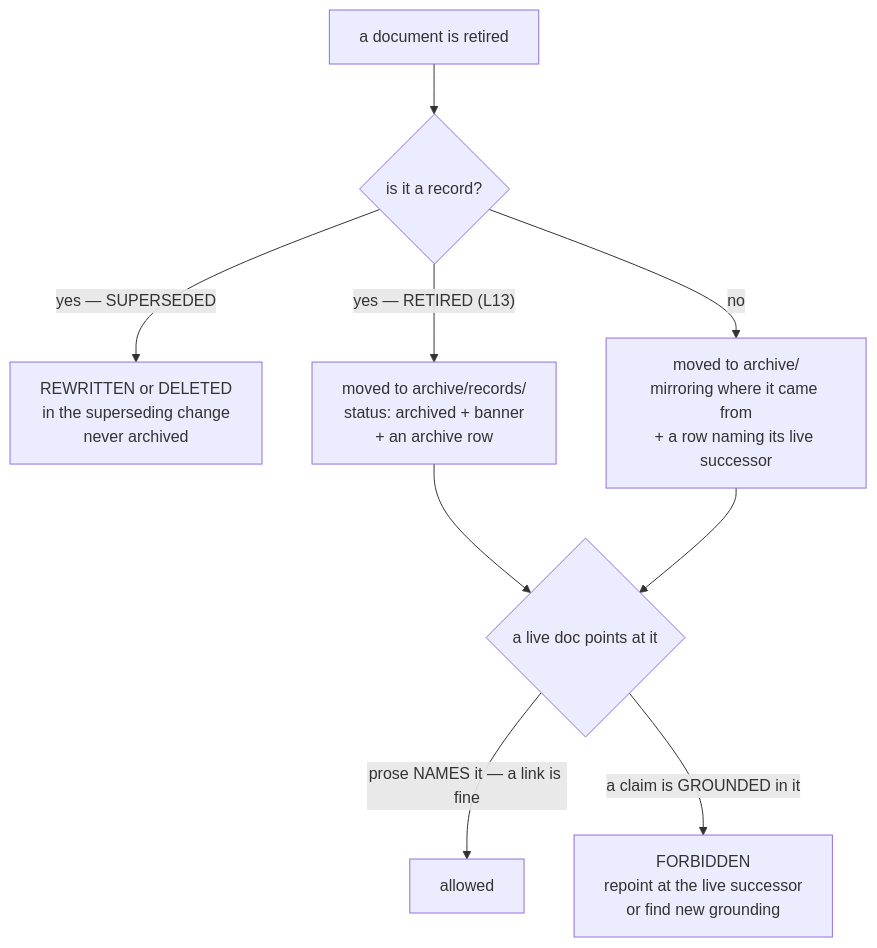
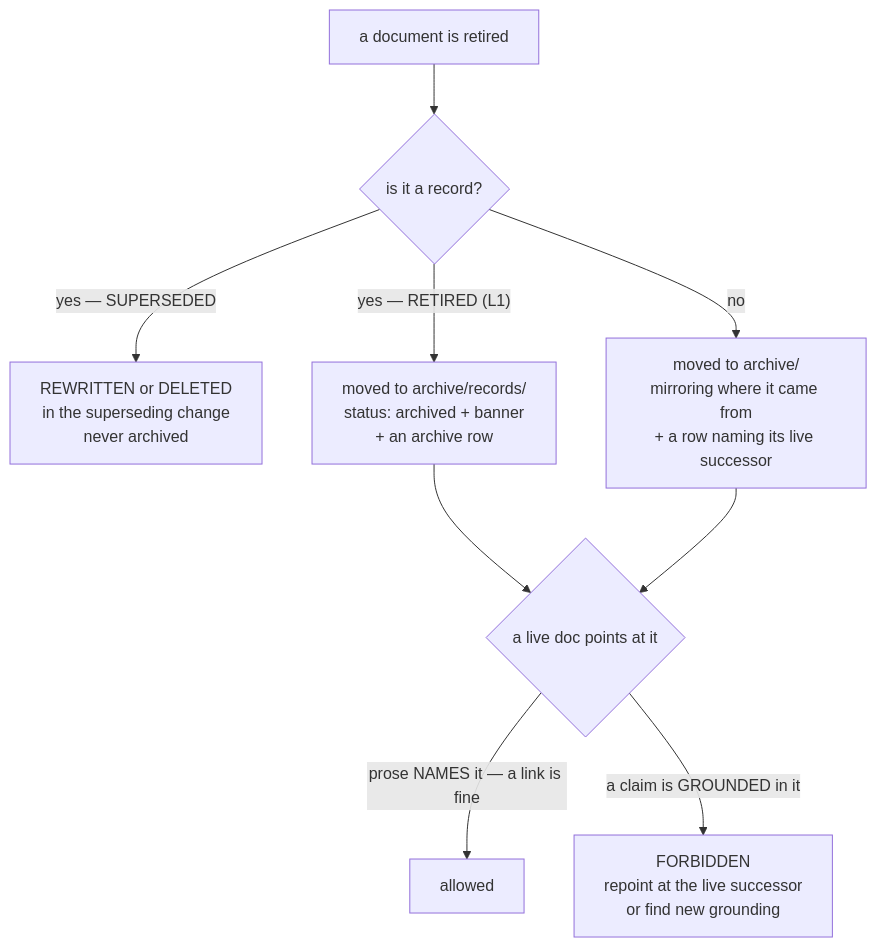
Before and after one commit to arpitarya/fux: the diagram in records/0062_WORK-archive.md, drawn with Mermaid. The commit also changed other lines of this file and 351 other files, not shown here.

````diff
--- a/records/0062_WORK-archive.md
+++ b/records/0062_WORK-archive.md
@@ -48,11 +48,11 @@
 ```mermaid
 flowchart TD
     A["a document is retired"] --> B{"is it a record?"}
     B -->|"yes — SUPERSEDED"| C["REWRITTEN or DELETED<br/>in the superseding change<br/>never archived"]
-    B -->|"yes — RETIRED (L13)"| R["moved to archive/records/<br/>status: archived + banner<br/>+ an archive row"]
+    B -->|"yes — RETIRED (L1)"| R["moved to archive/records/<br/>status: archived + banner<br/>+ an archive row"]
     B -->|"no"| D["moved to archive/<br/>mirroring where it came from<br/>+ a row naming its live successor"]
     R --> E
     D --> E{"a live doc points at it"}
     E -->|"prose NAMES it — a link is fine"| F["allowed"]
     E -->|"a claim is GROUNDED in it"| G["FORBIDDEN<br/>repoint at the live successor<br/>or find new grounding"]
 ```
````
